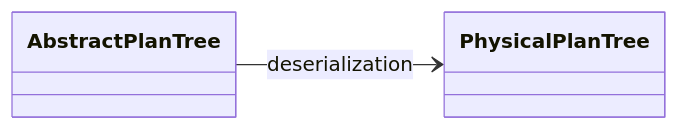
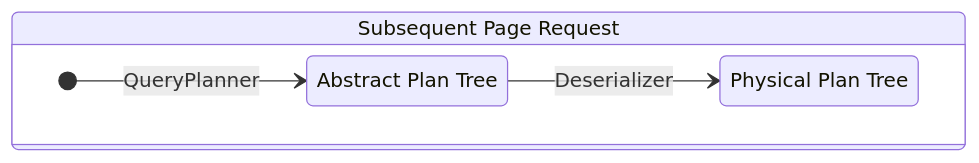
Before and after one commit to opensearch-project/sql: the third of 22 diagrams in docs/dev/Pagination-v2.md, drawn with Mermaid. The commit also changed other lines of this file and 2 other files, not shown here.

````diff
--- a/docs/dev/Pagination-v2.md
+++ b/docs/dev/Pagination-v2.md
@@ -322,8 +162,11 @@
 ```mermaid
-classDiagram
-  direction LR
-  class Abstract Plan Tree
-  class Physical Plan Tree
+stateDiagram-v2
+  state "Subsequent Page Request" as Paged {
+    direction LR
+    state "Abstract Plan Tree" as Abstract
+    state "Physical Plan Tree" as Physical
 
-  Abstract Plan Tree --> Physical Plan Tree : deserialization
+    [*] --> Abstract : QueryPlanner
+    Abstract --> Physical : Deserializer
+  }
 ```
````
